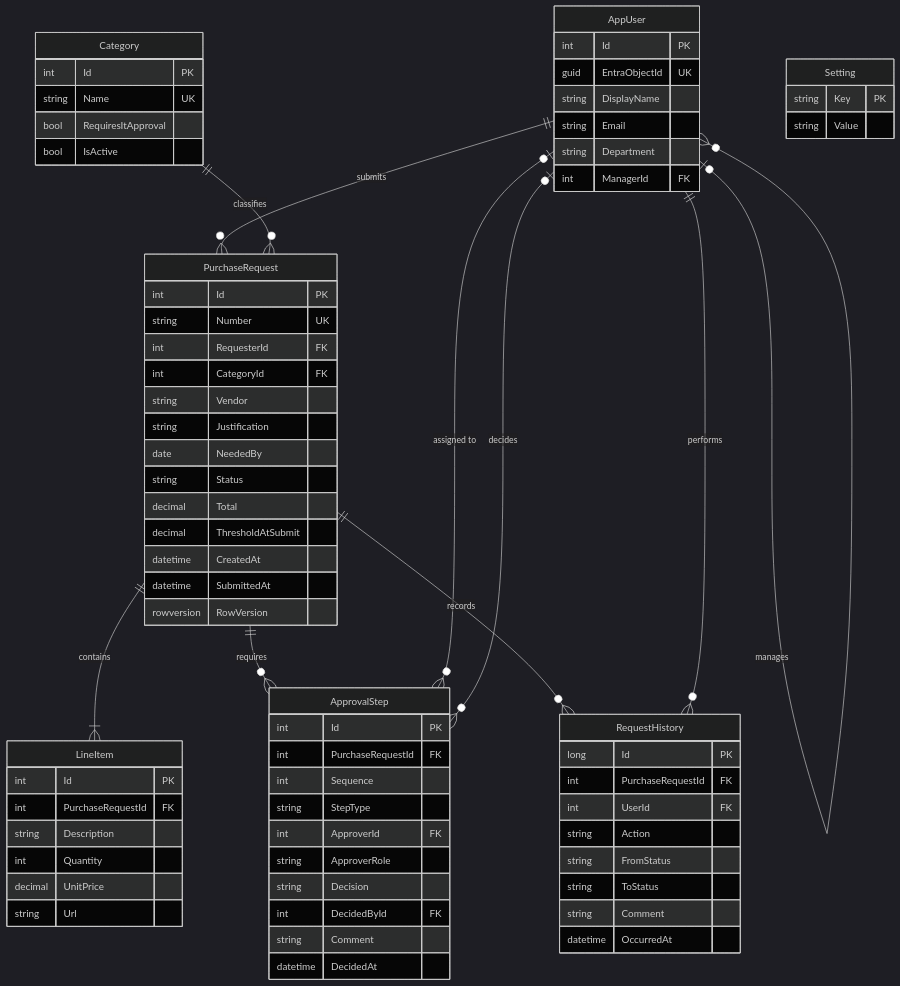
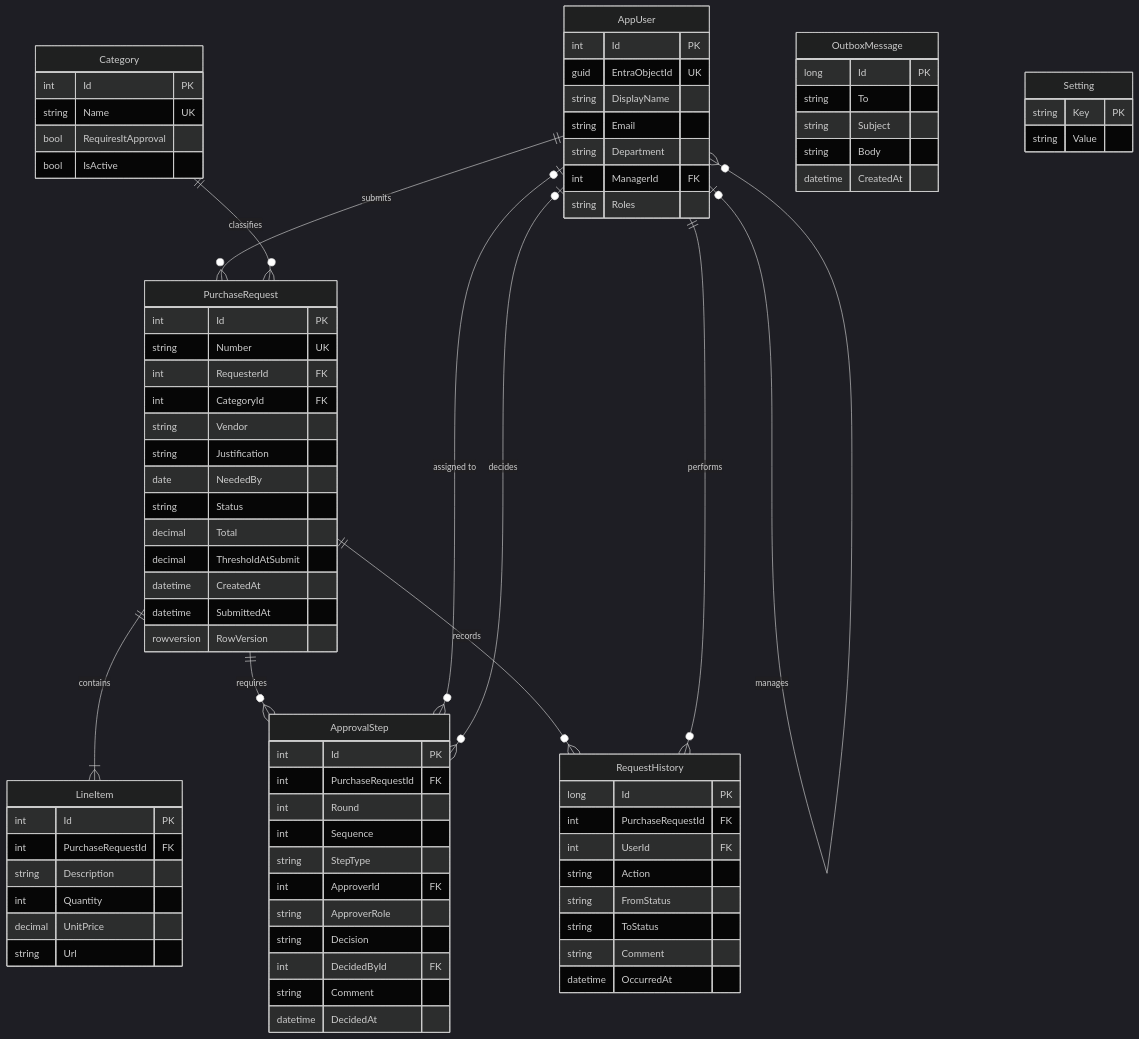
One commit to Blathe/purchase-request changed the diagram in docs/06-data-model.md. Above: the diagram before and after it, drawn with Mermaid (dark theme). The commit also changed other lines of this file and 32 other files, not shown here.

```diff
--- a/docs/06-data-model.md
+++ b/docs/06-data-model.md
@@ -21,6 +21,7 @@
         string Email
         string Department
         int ManagerId FK
+        string Roles
     }
     Category {
         int Id PK
@@ -54,6 +55,7 @@
     ApprovalStep {
         int Id PK
         int PurchaseRequestId FK
+        int Round
         int Sequence
         string StepType
         int ApproverId FK
@@ -73,6 +75,13 @@
         string Comment
         datetime OccurredAt
     }
+    OutboxMessage {
+        long Id PK
+        string To
+        string Subject
+        string Body
+        datetime CreatedAt
+    }
     Setting {
         string Key PK
         string Value
```
